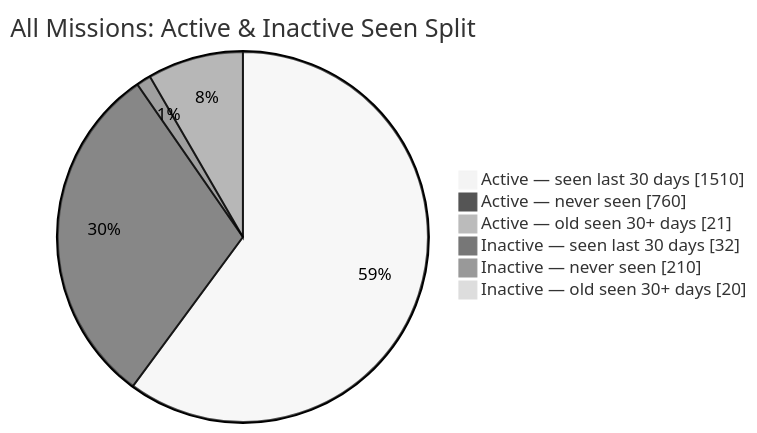
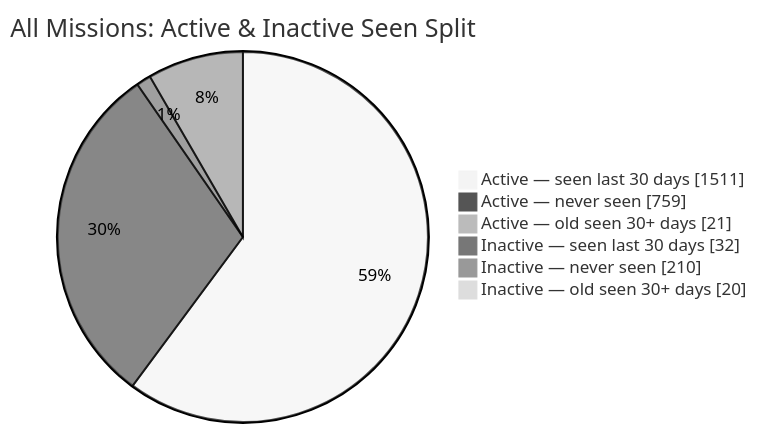
Before and after one commit to MeldkamerspelGameTeam/active-missions: the second of 2 diagrams in README.md, drawn with Mermaid (neutral theme). The commit also changed other lines of this file and 2 other files, not shown here.

````diff
--- a/README.md
+++ b/README.md
@@ -44,10 +44,10 @@
 ```mermaid
 pie showData
     title All Missions: Active & Inactive Seen Split
-    "Active — seen last 30 days" : 1510
-    "Active — never seen" : 760
+    "Active — seen last 30 days" : 1511
+    "Active — never seen" : 759
     "Active — old seen 30+ days" : 21
     "Inactive — seen last 30 days" : 32
     "Inactive — never seen" : 210
     "Inactive — old seen 30+ days" : 20
 ```
````
